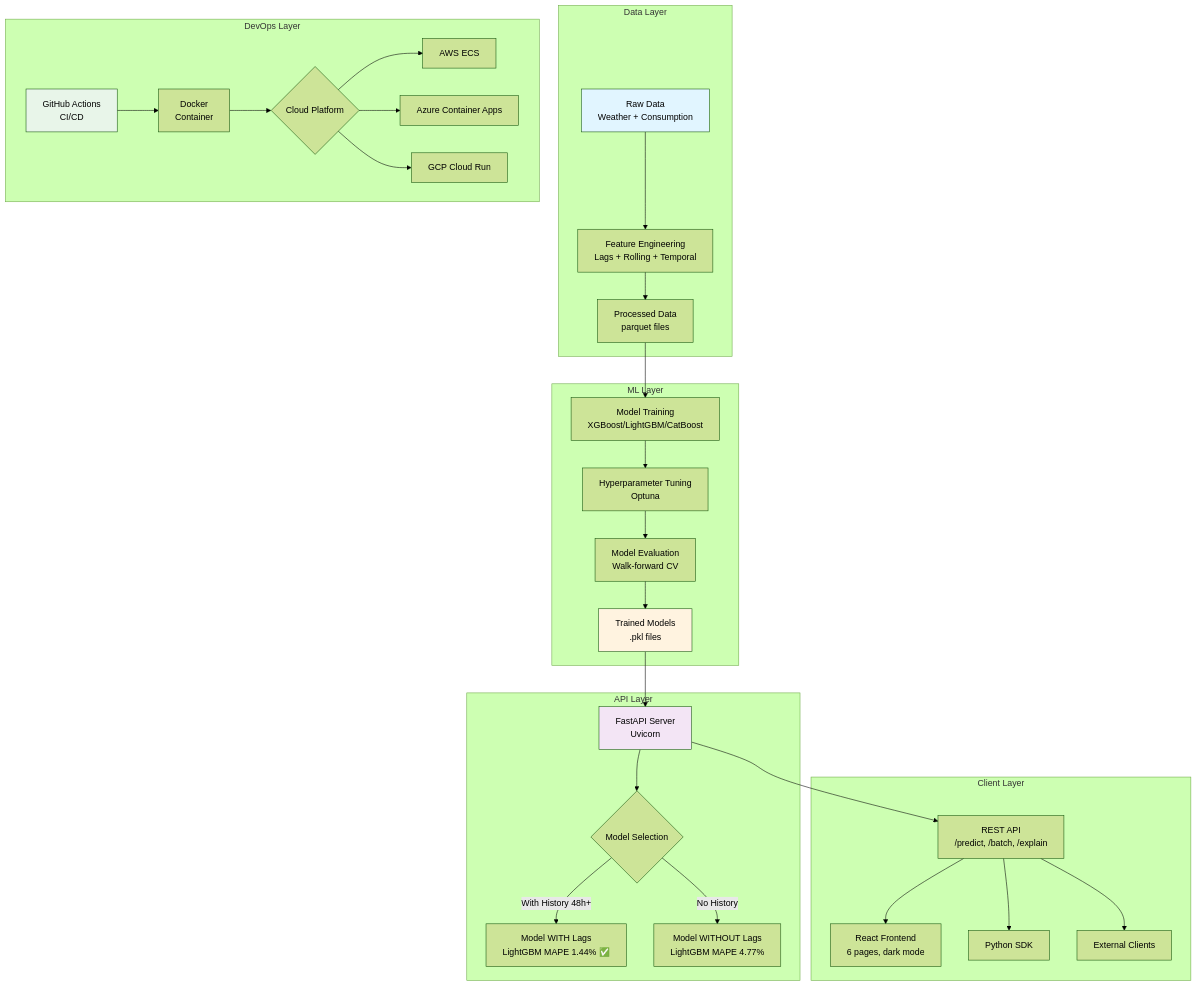
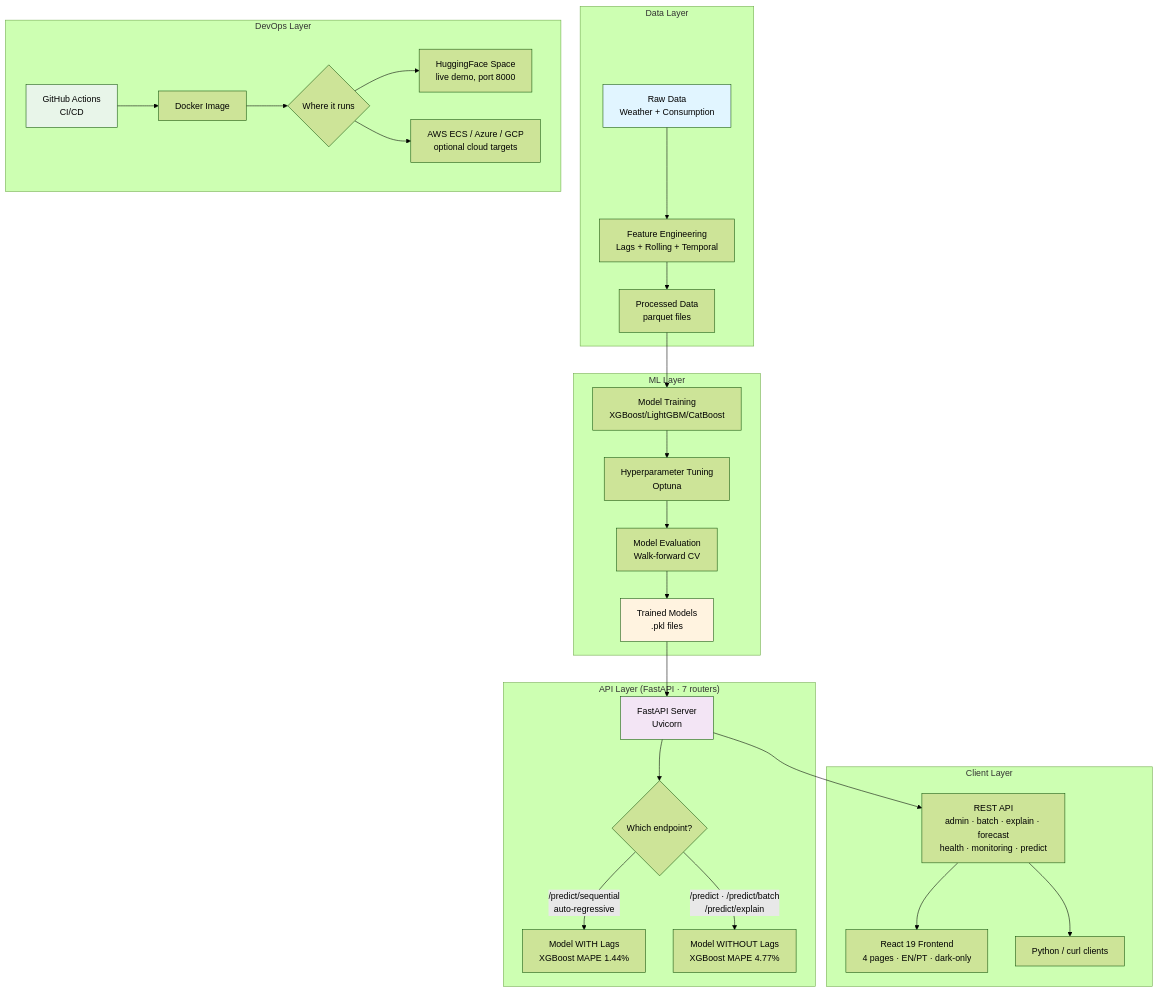
Before and after one commit to Pedrom2002/energy-forecast-pt: the first of 5 diagrams in docs/ARCHITECTURE.md, drawn with Mermaid (forest theme). The commit also changed other lines of this file and 8 other files, not shown here.

````diff
--- a/docs/ARCHITECTURE.md
+++ b/docs/ARCHITECTURE.md
@@ -9,41 +12,39 @@
 ```mermaid
 graph TB
     subgraph "Data Layer"
         A[Raw Data<br/>Weather + Consumption] --> B[Feature Engineering<br/>Lags + Rolling + Temporal]
         B --> C[Processed Data<br/>parquet files]
     end
 
     subgraph "ML Layer"
         C --> D[Model Training<br/>XGBoost/LightGBM/CatBoost]
         D --> E[Hyperparameter Tuning<br/>Optuna]
         E --> F[Model Evaluation<br/>Walk-forward CV]
         F --> G[Trained Models<br/>.pkl files]
     end
 
-    subgraph "API Layer"
+    subgraph "API Layer (FastAPI · 7 routers)"
         G --> H[FastAPI Server<br/>Uvicorn]
-        H --> I{Model Selection}
-        I -->|With History 48h+| J[Model WITH Lags<br/>LightGBM MAPE 1.44% ✅]
-        I -->|No History| K[Model WITHOUT Lags<br/>LightGBM MAPE 4.77%]
+        H --> I{Which endpoint?}
+        I -->|/predict/sequential<br/>auto-regressive| J[Model WITH Lags<br/>XGBoost MAPE 1.44%]
+        I -->|/predict · /predict/batch<br/>/predict/explain| K[Model WITHOUT Lags<br/>XGBoost MAPE 4.77%]
     end
 
     subgraph "Client Layer"
-        H --> L[REST API<br/>/predict, /batch, /explain]
-        L --> M[React Frontend<br/>6 pages, dark mode]
-        L --> N[Python SDK]
-        L --> O[External Clients]
+        H --> L[REST API<br/>admin · batch · explain · forecast<br/>health · monitoring · predict]
+        L --> M[React 19 Frontend<br/>4 pages · EN/PT · dark-only]
+        L --> N[Python / curl clients]
     end
 
     subgraph "DevOps Layer"
-        P[GitHub Actions<br/>CI/CD] --> Q[Docker<br/>Container]
-        Q --> R{Cloud Platform}
-        R --> S[AWS ECS]
-        R --> T[Azure Container Apps]
-        R --> U[GCP Cloud Run]
+        P[GitHub Actions<br/>CI/CD] --> Q[Docker Image]
+        Q --> R{Where it runs}
+        R --> HF[HuggingFace Space<br/>live demo, port 8000]
+        R --> S[AWS ECS / Azure / GCP<br/>optional cloud targets]
     end
 
     style A fill:#e1f5ff
     style G fill:#fff3e0
     style H fill:#f3e5f5
     style P fill:#e8f5e9
 ```
````
